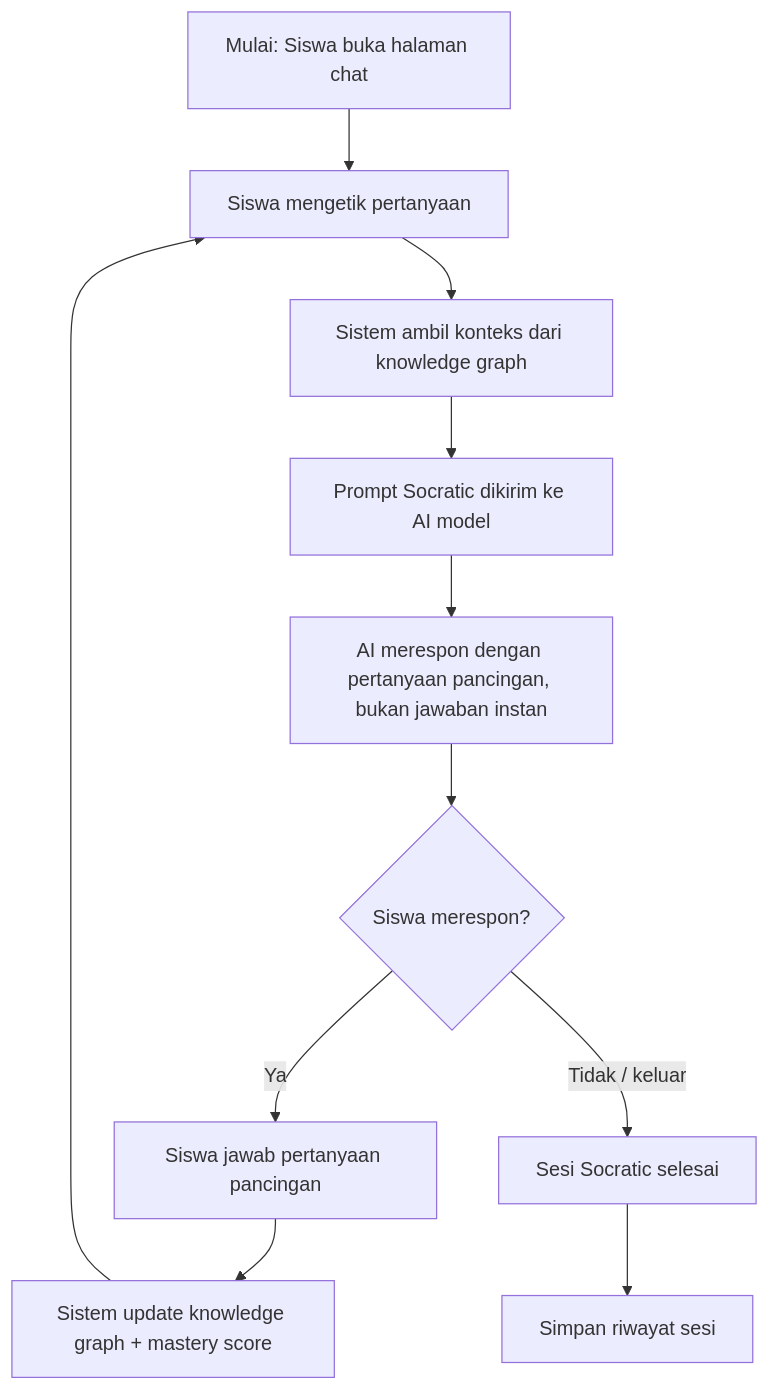
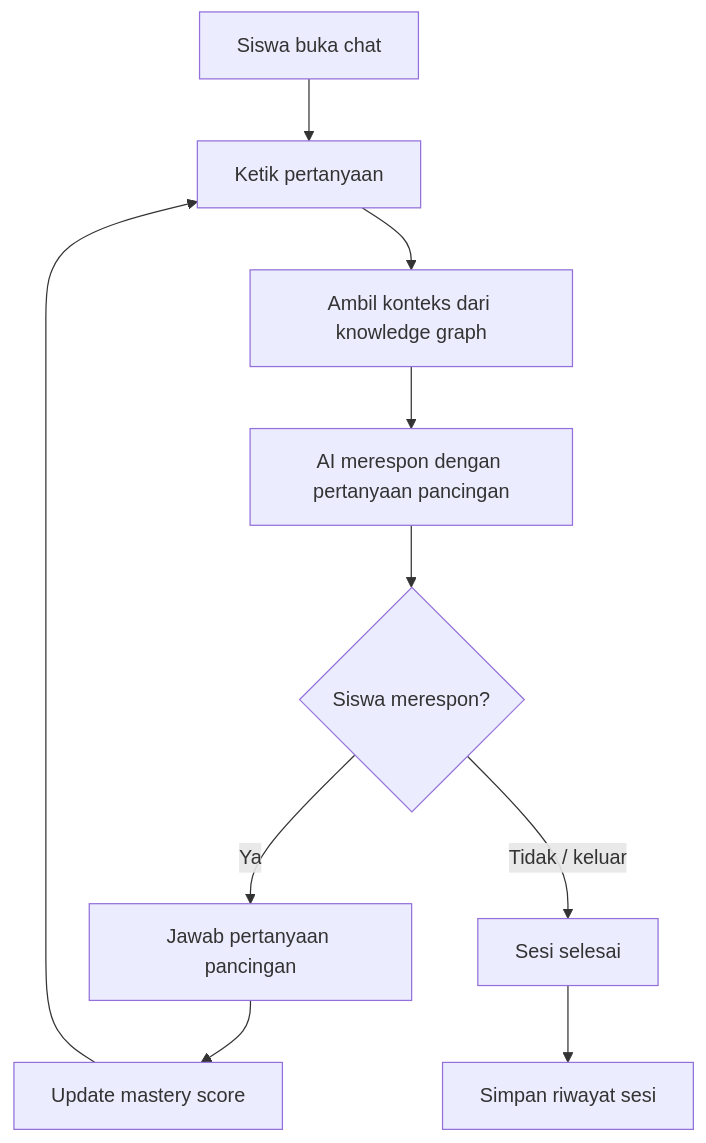
The diagram in proposal/diagrams/activity-socratic-tutor.md (KyyTzy09/Pekan-IT-Spark-AI), drawn with Mermaid before and after one commit. The commit also changed 6 other files, not shown here.

First line of the commit message:
docs: make all diagrams consistent size for proposal

````diff
--- a/proposal/diagrams/activity-socratic-tutor.md
+++ b/proposal/diagrams/activity-socratic-tutor.md
@@ -1,13 +1,14 @@
 ```mermaid
 flowchart TD
-    A[Mulai: Siswa buka halaman chat] --> B[Siswa mengetik pertanyaan]
-    B --> C[Sistem ambil konteks dari knowledge graph]
-    C --> D[Prompt Socratic dikirim ke AI model]
-    D --> E[AI merespon dengan pertanyaan pancingan, bukan jawaban instan]
-    E --> F{Siswa merespon?}
-    F -->|Ya| G[Siswa jawab pertanyaan pancingan]
-    G --> H[Sistem update knowledge graph + mastery score]
-    H --> B
-    F -->|Tidak / keluar| I[Sesi Socratic selesai]
-    I --> J[Simpan riwayat sesi]
+    A[Siswa buka chat] --> B[Ketik pertanyaan]
+    B --> C[Ambil konteks dari knowledge graph]
+    C --> D[AI merespon dengan pertanyaan pancingan]
+
+    D --> E{Siswa merespon?}
+    E -->|Ya| F[Jawab pertanyaan pancingan]
+    F --> G[Update mastery score]
+    G --> B
+
+    E -->|Tidak / keluar| H[Sesi selesai]
+    H --> I[Simpan riwayat sesi]
 ```
````
